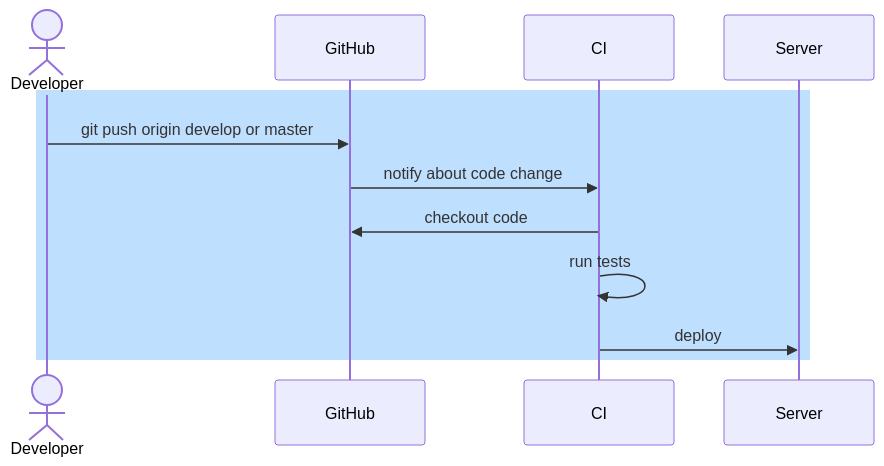
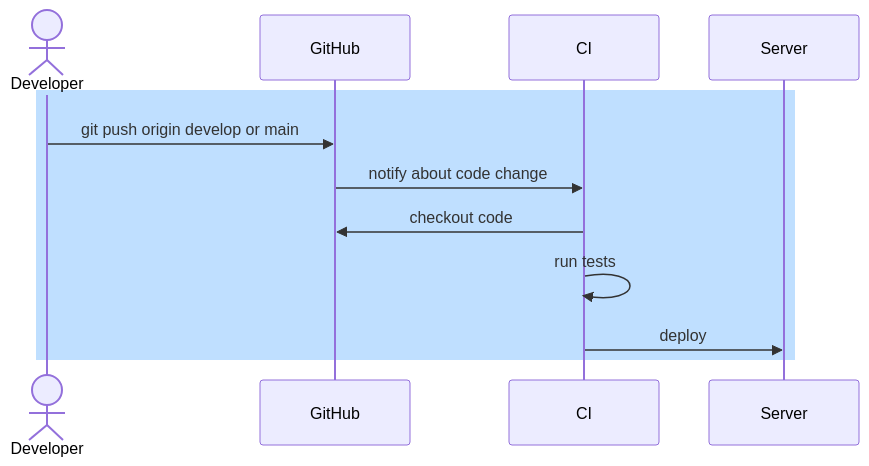
The second of 2 diagrams in gitflow.md (renuo/applications-setup-guide), drawn with Mermaid before and after one commit. The commit also changed other lines of this file and 8 other files, not shown here.

````diff
--- a/gitflow.md
+++ b/gitflow.md
@@ -22,16 +22,16 @@
 ```mermaid
 sequenceDiagram
     actor Developer
     participant G as GitHub
     participant CI
     participant S as Server
 
     rect rgb(191, 223, 255)
 
-    Developer->>G: git push origin develop or master
+    Developer->>G: git push origin develop or main
     G->>CI: notify about code change
     CI->>G: checkout code
     CI->>CI: run tests
     CI->>S: deploy
     end
 ```
````
